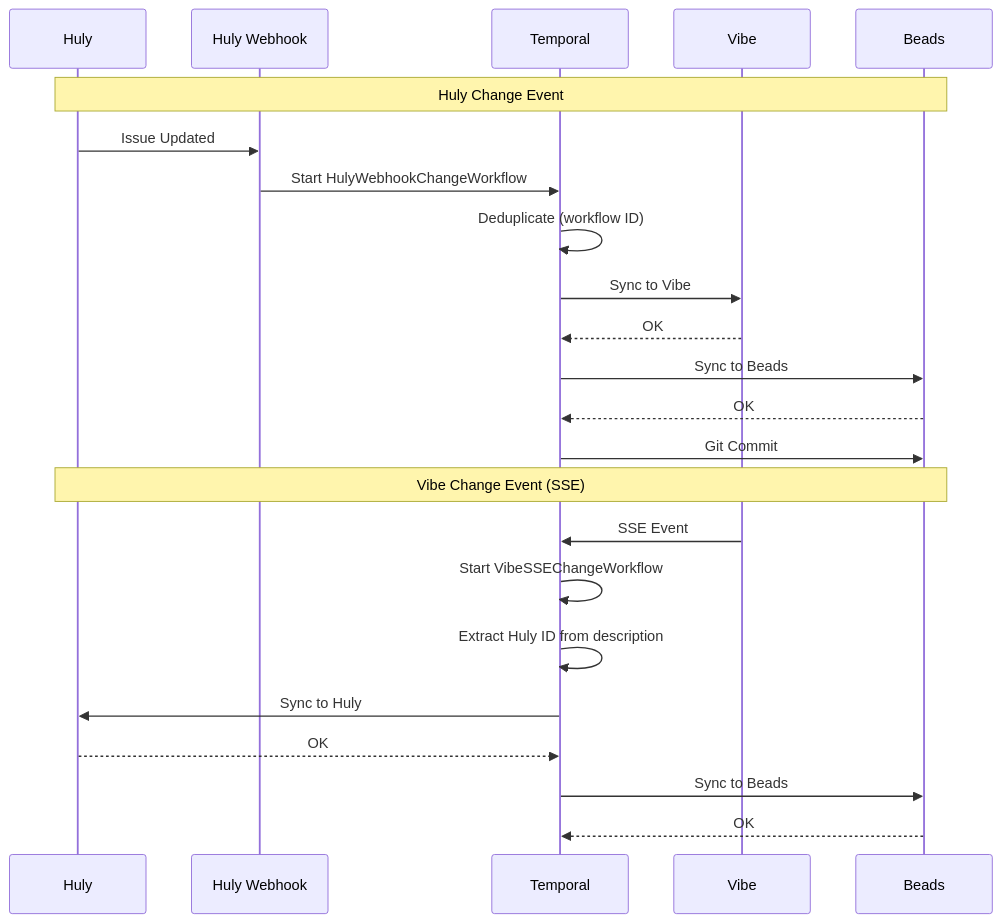
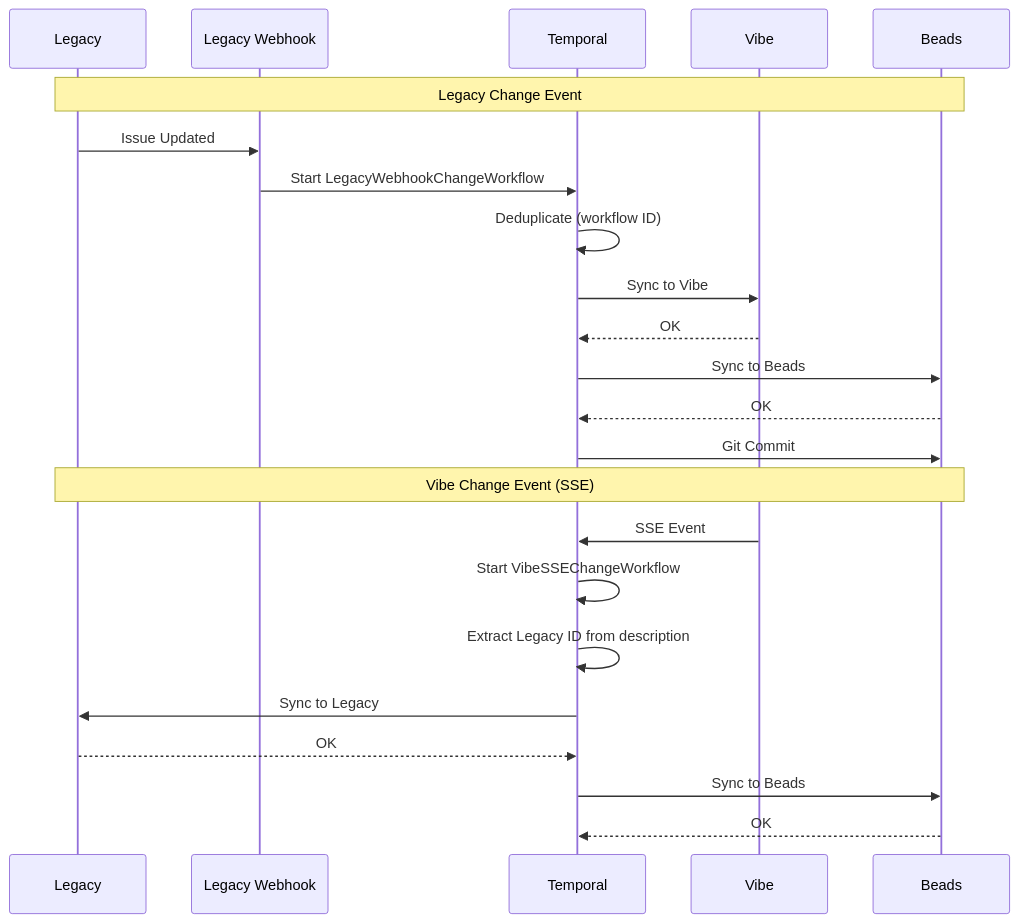
Before and after one commit to oculairmedia/huly-vibe-sync: the fourth of 6 diagrams in docs/architecture/sync-flow.md, drawn with Mermaid. The commit also changed other lines of this file and 174 other files, not shown here.

````diff
--- a/docs/architecture/sync-flow.md
+++ b/docs/architecture/sync-flow.md
@@ -124,27 +124,27 @@
 ```mermaid
 sequenceDiagram
-    participant H as Huly
-    participant HW as Huly Webhook
+    participant H as Legacy
+    participant HW as Legacy Webhook
     participant T as Temporal
     participant V as Vibe
     participant B as Beads
 
-    Note over H,B: Huly Change Event
+    Note over H,B: Legacy Change Event
     H->>HW: Issue Updated
-    HW->>T: Start HulyWebhookChangeWorkflow
+    HW->>T: Start LegacyWebhookChangeWorkflow
     T->>T: Deduplicate (workflow ID)
     T->>V: Sync to Vibe
     V-->>T: OK
     T->>B: Sync to Beads
     B-->>T: OK
     T->>B: Git Commit
 
     Note over H,B: Vibe Change Event (SSE)
     V->>T: SSE Event
     T->>T: Start VibeSSEChangeWorkflow
-    T->>T: Extract Huly ID from description
-    T->>H: Sync to Huly
+    T->>T: Extract Legacy ID from description
+    T->>H: Sync to Legacy
     H-->>T: OK
     T->>B: Sync to Beads
     B-->>T: OK
 ```
````
